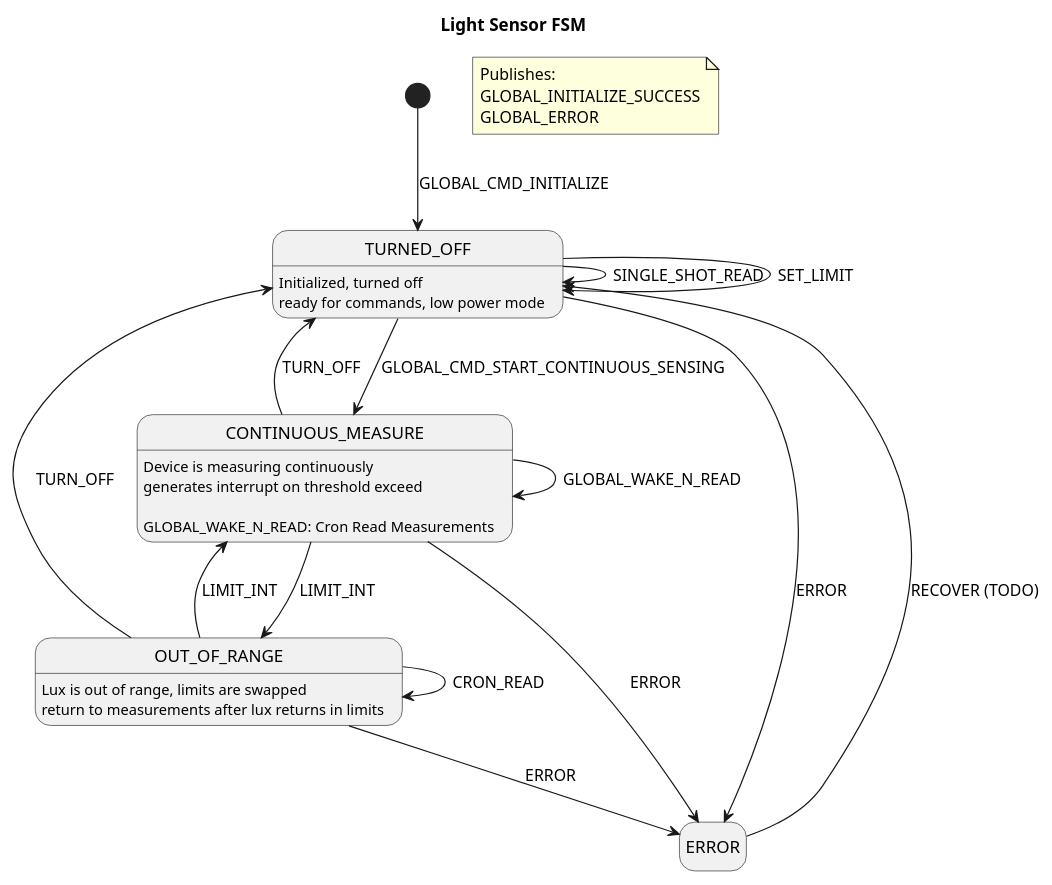
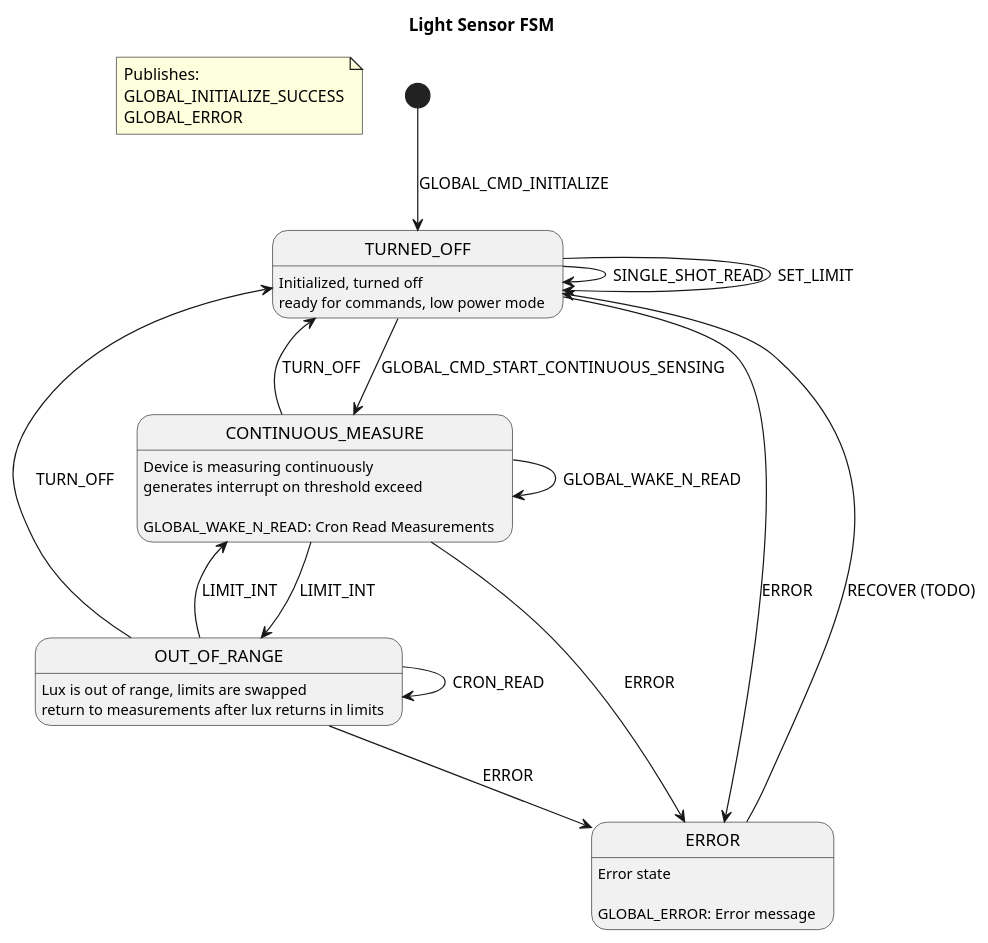
Before and after one commit to polesskiy-dev/iot-risk-logger-stm32l4: the diagram in firmware/iot-risk-logger-stm32l4/app/tasks/light_sensor/README.md, drawn with PlantUML. The commit also changed 1 other file, not shown here.

Commit message:
:pencil: docs(sensors) prettify FSM description

````diff
--- a/firmware/iot-risk-logger-stm32l4/app/tasks/light_sensor/README.md
+++ b/firmware/iot-risk-logger-stm32l4/app/tasks/light_sensor/README.md
@@ -10,24 +10,32 @@
 ```plantuml
 @startuml
 title Light Sensor FSM
 hide empty description
+
+note "Publishes: \nGLOBAL_INITIALIZE_SUCCESS\nGLOBAL_ERROR" as N1
+
 TURNED_OFF: Initialized, turned off\nready for commands, low power mode
 CONTINUOUS_MEASURE: Device is measuring continuously\ngenerates interrupt on threshold exceed\n\nGLOBAL_WAKE_N_READ: Cron Read Measurements
 OUT_OF_RANGE: Lux is out of range, limits are swapped\nreturn to measurements after lux returns in limits
+ERROR: Error state\n\nGLOBAL_ERROR: Error message
+
 [*] --> TURNED_OFF : GLOBAL_CMD_INITIALIZE
-note "Publishes: \nGLOBAL_INITIALIZE_SUCCESS\nGLOBAL_ERROR" as N1
+
 TURNED_OFF --> TURNED_OFF : SINGLE_SHOT_READ
 TURNED_OFF --> TURNED_OFF : SET_LIMIT
 TURNED_OFF --> CONTINUOUS_MEASURE : GLOBAL_CMD_START_CONTINUOUS_SENSING
+TURNED_OFF --> ERROR : ERROR
+
 CONTINUOUS_MEASURE --> CONTINUOUS_MEASURE : GLOBAL_WAKE_N_READ
 CONTINUOUS_MEASURE --> OUT_OF_RANGE : LIMIT_INT
+CONTINUOUS_MEASURE --> TURNED_OFF : TURN_OFF
+CONTINUOUS_MEASURE --> ERROR : ERROR
+
 OUT_OF_RANGE --> CONTINUOUS_MEASURE : LIMIT_INT
 OUT_OF_RANGE --> OUT_OF_RANGE : CRON_READ
 OUT_OF_RANGE --> TURNED_OFF : TURN_OFF
-CONTINUOUS_MEASURE --> TURNED_OFF : TURN_OFF
+OUT_OF_RANGE --> ERROR : ERROR
+
 ERROR --> TURNED_OFF : RECOVER (TODO)
-TURNED_OFF --> ERROR : ERROR
-CONTINUOUS_MEASURE --> ERROR : ERROR
-OUT_OF_RANGE --> ERROR : ERROR
 @enduml
 ```
````
